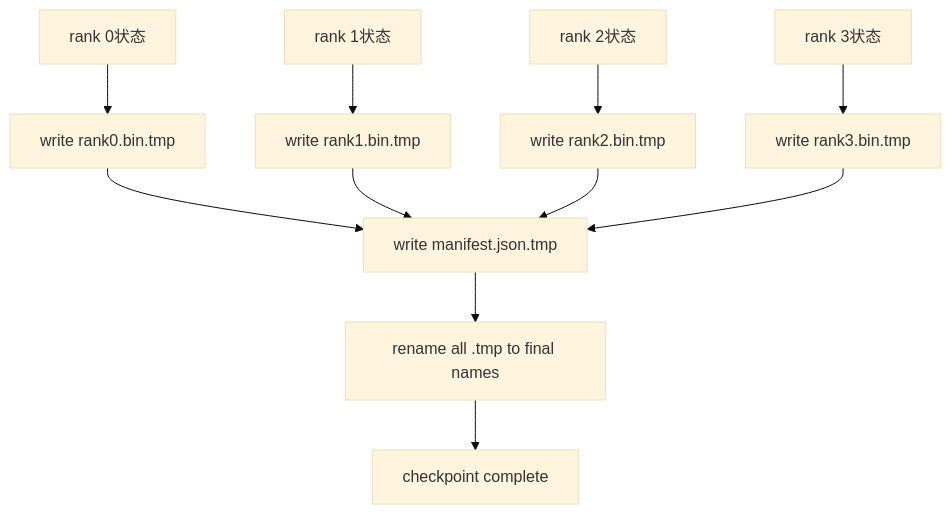
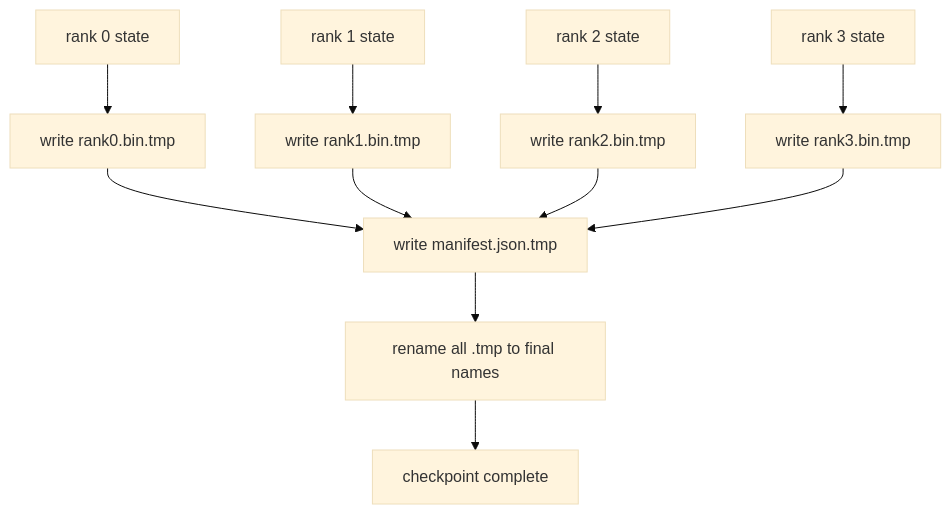
Before and after one commit to xiaojiaenen/ai-engineering-from-scratch-zh: the diagram in i18n/zh/phases/19-capstone-projects/80-checkpoint-sharded-resume/docs/zh.md, drawn with Mermaid (base theme). The commit also changed other lines of this file and 85 other files, not shown here.

````diff
--- a/i18n/zh/phases/19-capstone-projects/80-checkpoint-sharded-resume/docs/zh.md
+++ b/i18n/zh/phases/19-capstone-projects/80-checkpoint-sharded-resume/docs/zh.md
@@ -25,10 +25,10 @@
 ```mermaid
 flowchart TD
-    S0[rank 0状态] --> W0[write rank0.bin.tmp]
-    S1[rank 1状态] --> W1[write rank1.bin.tmp]
-    S2[rank 2状态] --> W2[write rank2.bin.tmp]
-    S3[rank 3状态] --> W3[write rank3.bin.tmp]
-    W0 & W1 & W2 & W3 --> M[write manifest.json.tmp]
-    M --> R[rename all .tmp to final names]
-    R --> Done[checkpoint complete]
+  S0[rank 0 state] --> W0[write rank0.bin.tmp]
+  S1[rank 1 state] --> W1[write rank1.bin.tmp]
+  S2[rank 2 state] --> W2[write rank2.bin.tmp]
+  S3[rank 3 state] --> W3[write rank3.bin.tmp]
+  W0 & W1 & W2 & W3 --> M[write manifest.json.tmp]
+  M --> R[rename all .tmp to final names]
+  R --> Done[checkpoint complete]
 ```
````
